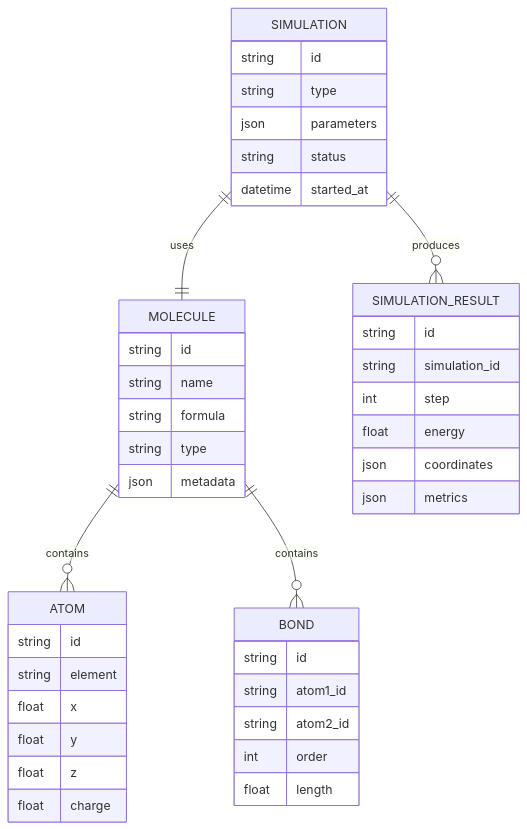
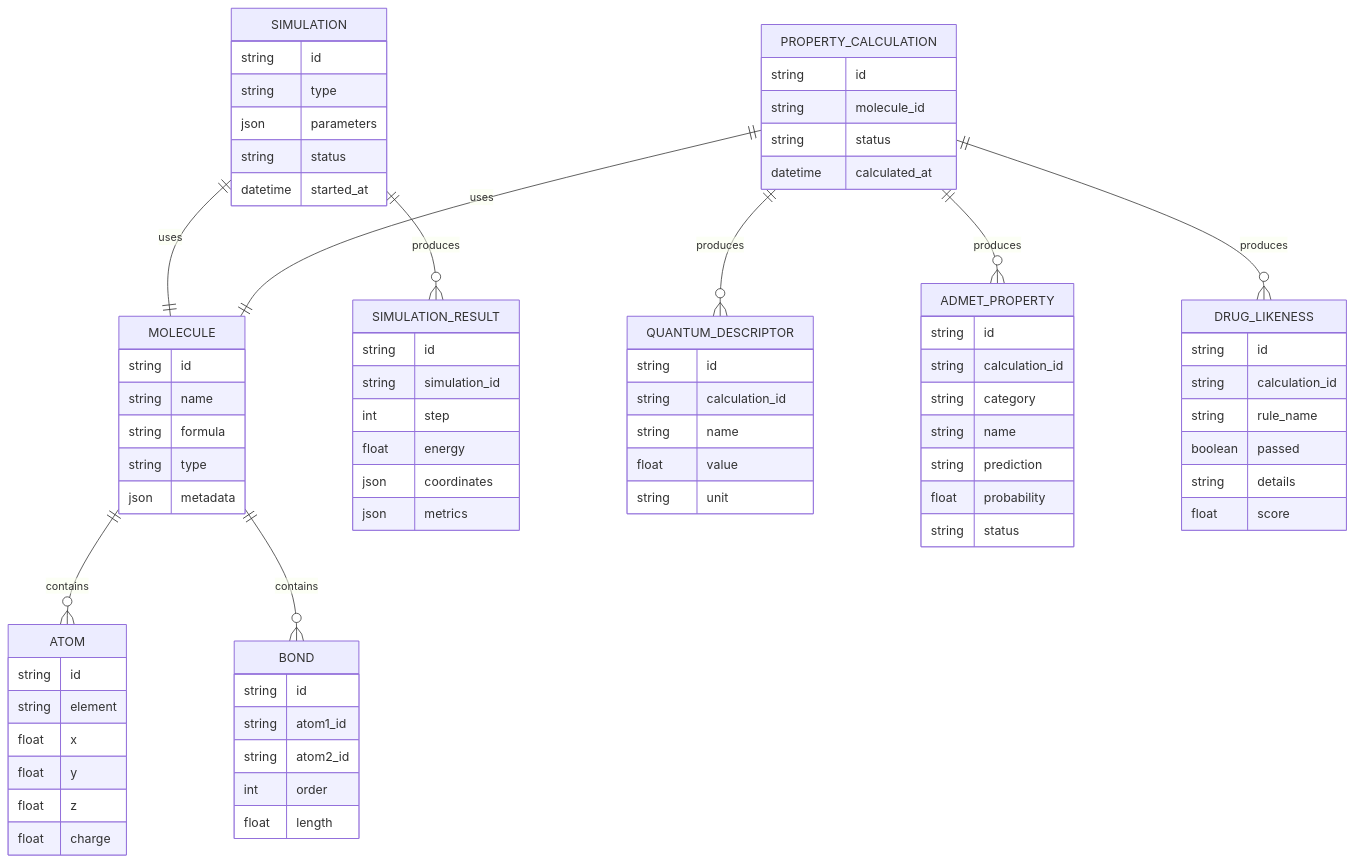
Before and after one commit to Xiang1218-Yu/xyj-117: the sixth of 6 diagrams in .trae/documents/TECH_ARCHITECTURE.md, drawn with Mermaid. The commit also changed other lines of this file and 12 other files, not shown here.

````diff
--- a/.trae/documents/TECH_ARCHITECTURE.md
+++ b/.trae/documents/TECH_ARCHITECTURE.md
@@ -100,6 +147,10 @@
     MOLECULE ||--o{ BOND : contains
     SIMULATION ||--|| MOLECULE : uses
     SIMULATION ||--o{ SIMULATION_RESULT : produces
+    PROPERTY_CALCULATION ||--|| MOLECULE : uses
+    PROPERTY_CALCULATION ||--o{ QUANTUM_DESCRIPTOR : produces
+    PROPERTY_CALCULATION ||--o{ ADMET_PROPERTY : produces
+    PROPERTY_CALCULATION ||--o{ DRUG_LIKENESS : produces
     
     MOLECULE {
         string id
@@ -142,4 +193,38 @@
         json coordinates
         json metrics
     }
+    
+    PROPERTY_CALCULATION {
+        string id
+        string molecule_id
+        string status
+        datetime calculated_at
+    }
+    
+    QUANTUM_DESCRIPTOR {
+        string id
+        string calculation_id
+        string name
+        float value
+        string unit
+    }
+    
+    ADMET_PROPERTY {
+        string id
+        string calculation_id
+        string category
+        string name
+        string prediction
+        float probability
+        string status
+    }
+    
+    DRUG_LIKENESS {
+        string id
+        string calculation_id
+        string rule_name
+        boolean passed
+        string details
+        float score
+    }
 ```
````
